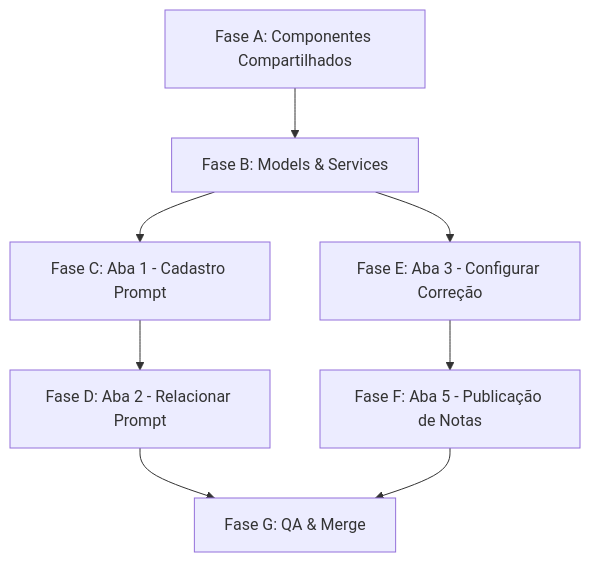
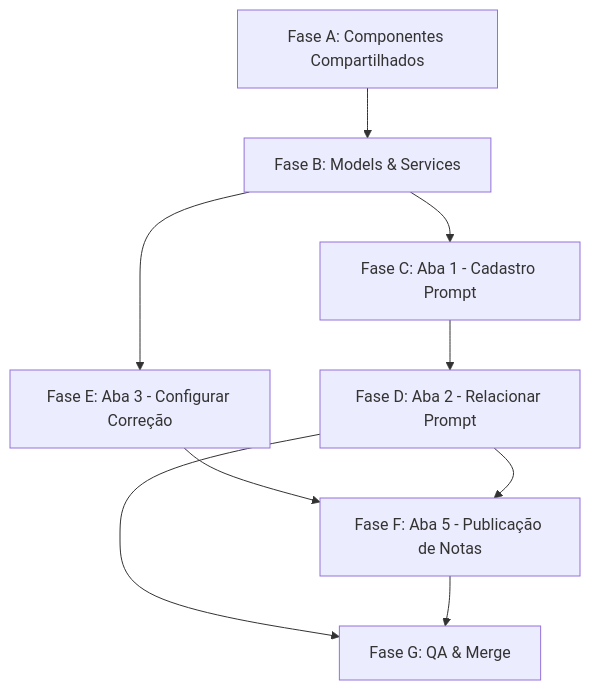
Before and after one commit to armandotreuk/Hub-de-Correcoes: the diagram in Requirements_v2/Plano_Execucao.md, drawn with Mermaid. The commit also changed other lines of this file and 13 other files, not shown here.

````diff
--- a/Requirements_v2/Plano_Execucao.md
+++ b/Requirements_v2/Plano_Execucao.md
@@ -352,10 +357,11 @@
 ```mermaid
 graph TD
     FA[Fase A: Componentes Compartilhados] --> FB[Fase B: Models & Services]
     FB --> FC[Fase C: Aba 1 - Cadastro Prompt]
     FB --> FE[Fase E: Aba 3 - Configurar Correção]
     FC --> FD[Fase D: Aba 2 - Relacionar Prompt]
     FE --> FF[Fase F: Aba 5 - Publicação de Notas]
+    FD --> FF
     FD --> FG[Fase G: QA & Merge]
     FF --> FG
 ```
````
